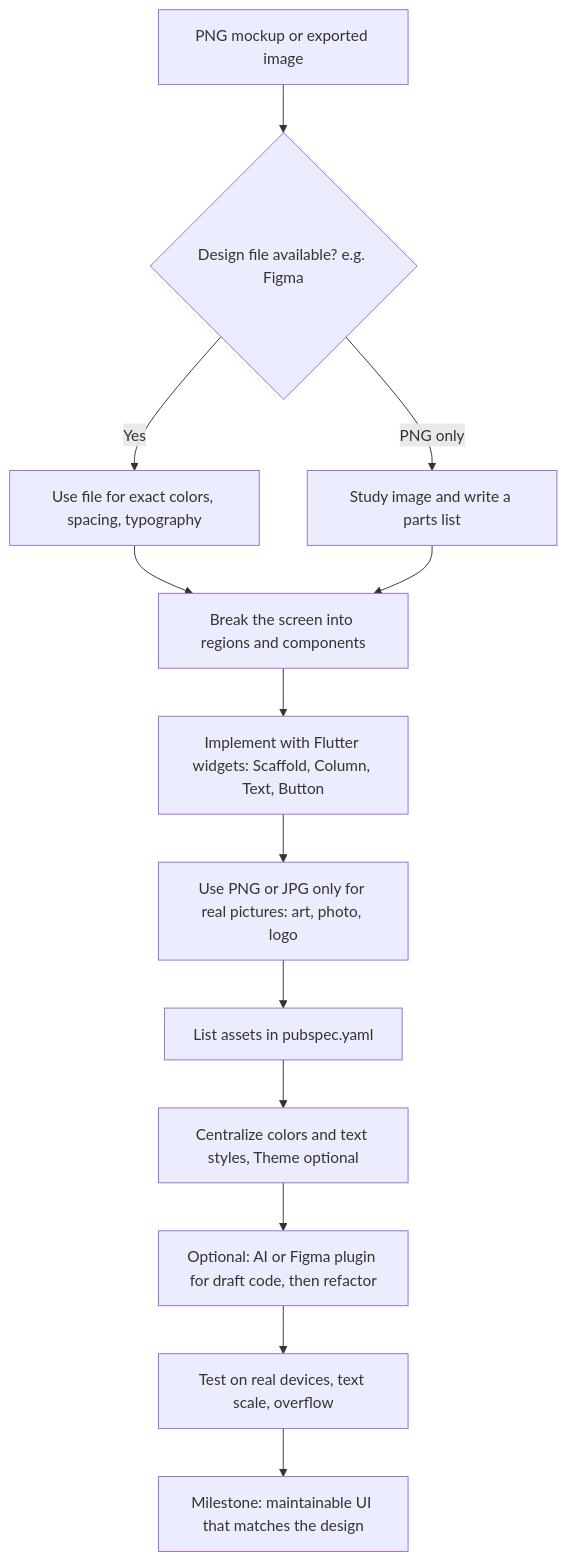
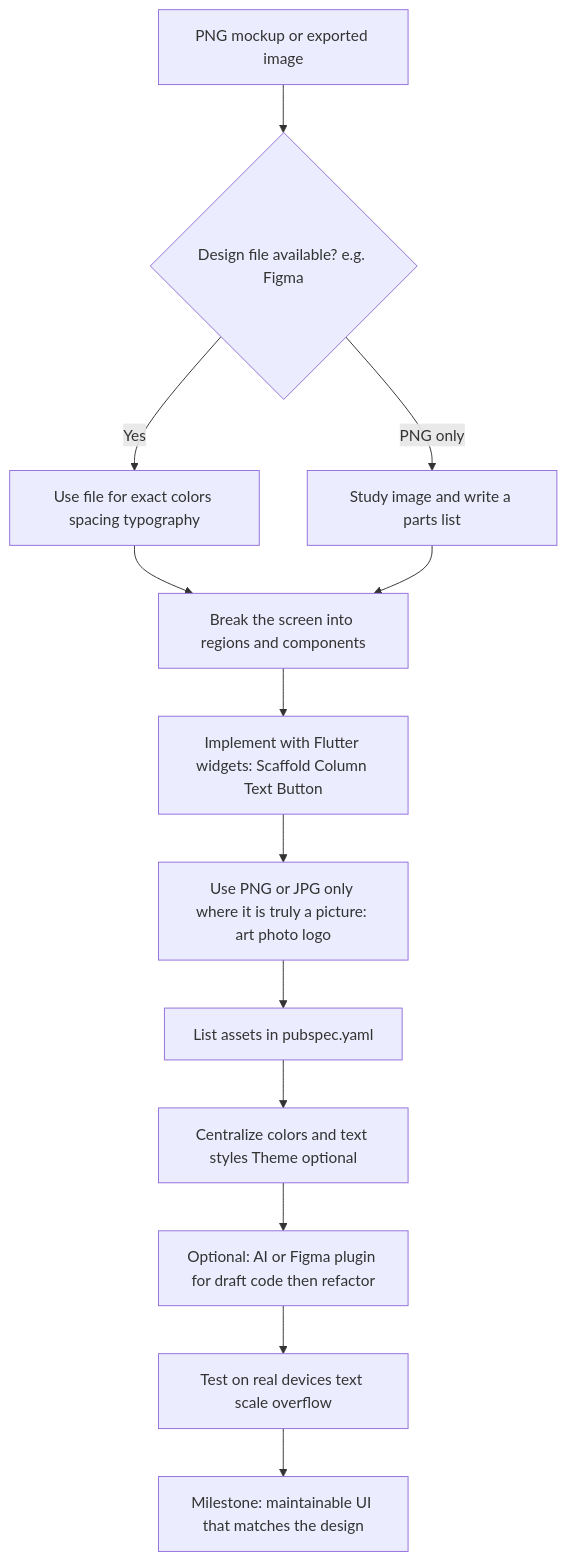
One commit to apksundar1980/portfolio changed the diagram in docs/png-to-flutter-ui.md. Above: the diagram before and after it, drawn with Mermaid. The commit also changed other lines of this file and 53 other files, not shown here.

````diff
--- a/docs/png-to-flutter-ui.md
+++ b/docs/png-to-flutter-ui.md
@@ -7,15 +7,15 @@
 ```mermaid
 flowchart TD
-    A["PNG mockup or exported image"] --> B{"Design file available? e.g. Figma"}
-    B -->|Yes| C["Use file for exact colors, spacing, typography"]
-    B -->|PNG only| D["Study image and write a parts list"]
-    C --> E["Break the screen into regions and components"]
+    A[PNG mockup or exported image] --> B{Design file available? e.g. Figma}
+    B -->|Yes| C[Use file for exact colors spacing typography]
+    B -->|PNG only| D[Study image and write a parts list]
+    C --> E[Break the screen into regions and components]
     D --> E
-    E --> F["Implement with Flutter widgets: Scaffold, Column, Text, Button"]
-    F --> G["Use PNG or JPG only for real pictures: art, photo, logo"]
-    G --> H["List assets in pubspec.yaml"]
-    H --> I["Centralize colors and text styles, Theme optional"]
-    I --> J["Optional: AI or Figma plugin for draft code, then refactor"]
-    J --> K["Test on real devices, text scale, overflow"]
-    K --> L["Milestone: maintainable UI that matches the design"]
+    E --> F[Implement with Flutter widgets: Scaffold Column Text Button]
+    F --> G[Use PNG or JPG only where it is truly a picture: art photo logo]
+    G --> H[List assets in pubspec.yaml]
+    H --> I[Centralize colors and text styles Theme optional]
+    I --> J[Optional: AI or Figma plugin for draft code then refactor]
+    J --> K[Test on real devices text scale overflow]
+    K --> L[Milestone: maintainable UI that matches the design]
 ```
````
